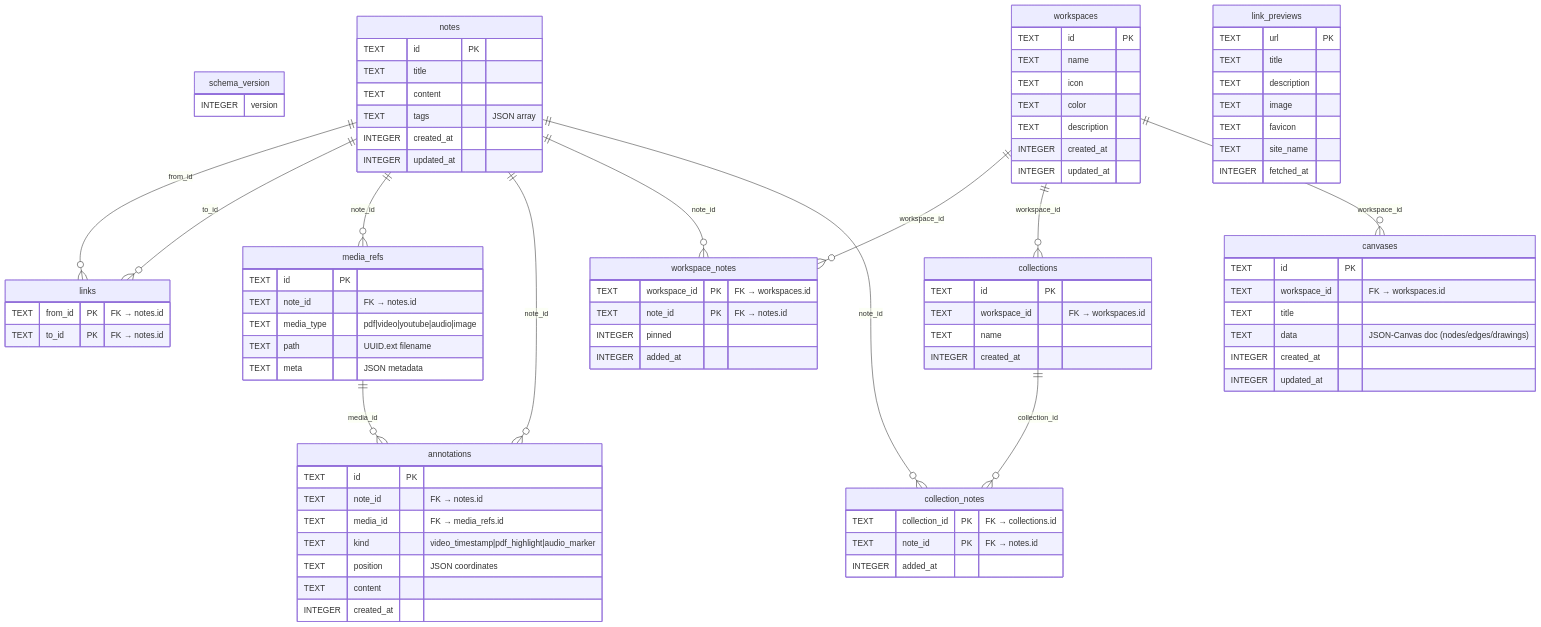
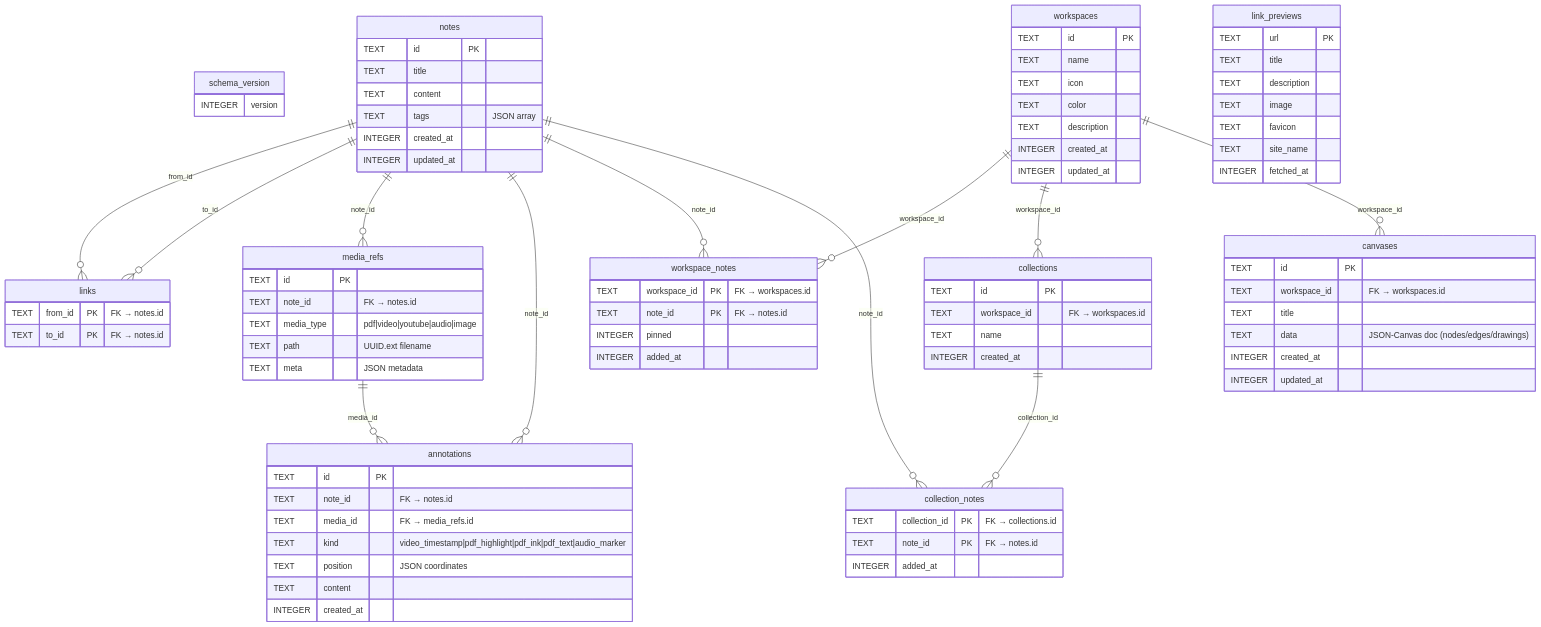
Before and after one commit to rgbRavi/Jnana---A-Second-brain: the second of 11 diagrams in architecture_deep_dive.md, drawn with Mermaid. The commit also changed other lines of this file and 34 other files, not shown here.

```diff
--- a/architecture_deep_dive.md
+++ b/architecture_deep_dive.md
@@ -145,7 +145,7 @@
         TEXT id PK
         TEXT note_id "FK → notes.id"
         TEXT media_id "FK → media_refs.id"
-        TEXT kind "video_timestamp|pdf_highlight|audio_marker"
+        TEXT kind "video_timestamp|pdf_highlight|pdf_ink|pdf_text|audio_marker"
         TEXT position "JSON coordinates"
         TEXT content
         INTEGER created_at
```
